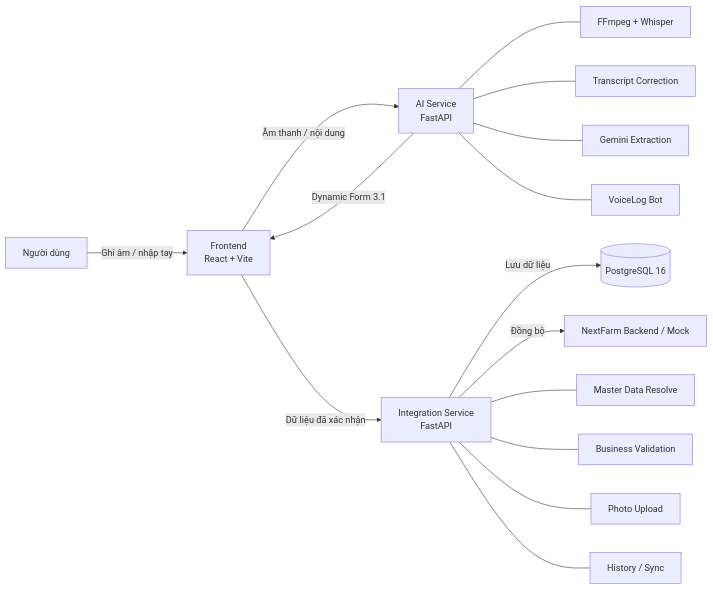
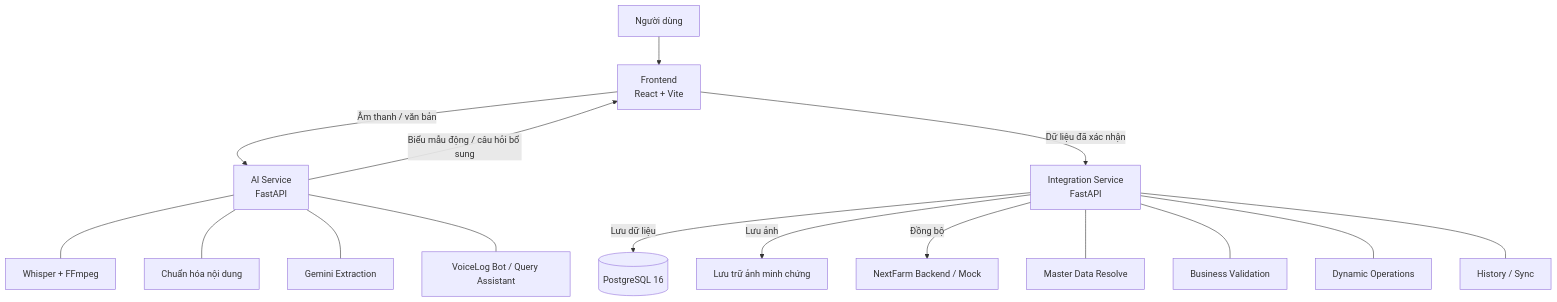
The diagram in README.md (1nanoee-hash/nextfarm-voicelog), drawn with Mermaid before and after one commit. The commit also changed other lines of this file, not shown here.

Commit message:
docs: tinh gọn và chuẩn hóa README

````diff
--- a/README.md
+++ b/README.md
@@ -41,26 +40,30 @@
 ```mermaid
-flowchart LR
+flowchart TB
     U[Người dùng]
-    F[Frontend<br/>React + Vite]
+    FE[Frontend<br/>React + Vite]
     AI[AI Service<br/>FastAPI]
     INT[Integration Service<br/>FastAPI]
     DB[(PostgreSQL 16)]
+    IMG[Lưu trữ ảnh minh chứng]
     NF[NextFarm Backend / Mock]
 
-    U -->|Ghi âm / nhập tay| F
-    F -->|Âm thanh / nội dung| AI
-    AI -->|Dynamic Form 3.1| F
-    F -->|Dữ liệu đã xác nhận| INT
+    U --> FE
+
+    FE -->|Âm thanh / văn bản| AI
+    AI -->|Biểu mẫu động / câu hỏi bổ sung| FE
+
+    FE -->|Dữ liệu đã xác nhận| INT
     INT -->|Lưu dữ liệu| DB
+    INT -->|Lưu ảnh| IMG
     INT -->|Đồng bộ| NF
 
-    AI --- A1[FFmpeg + Whisper]
-    AI --- A2[Transcript Correction]
+    AI --- A1[Whisper + FFmpeg]
+    AI --- A2[Chuẩn hóa nội dung]
     AI --- A3[Gemini Extraction]
-    AI --- A4[VoiceLog Bot]
+    AI --- A4[VoiceLog Bot / Query Assistant]
 
     INT --- I1[Master Data Resolve]
     INT --- I2[Business Validation]
-    INT --- I3[Photo Upload]
+    INT --- I3[Dynamic Operations]
     INT --- I4[History / Sync]
 ```
````
